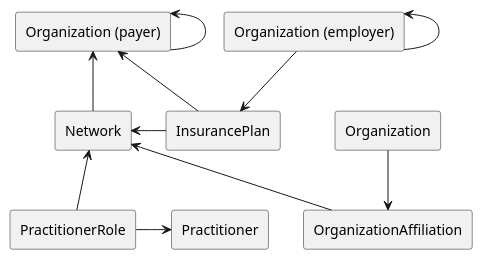
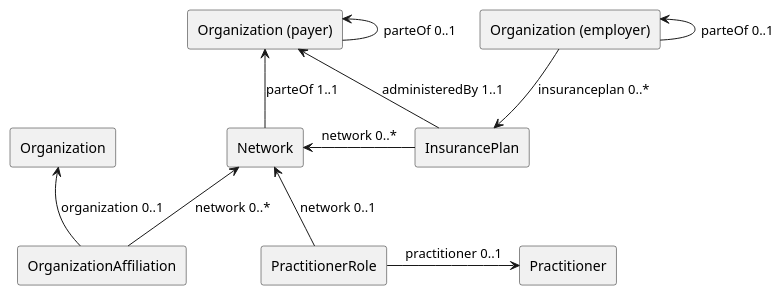
The diagram in input/images-source/RelNetworkInsurancePlan.plantuml (HL7/fhir-us-ndh), drawn with PlantUML before and after one commit. The commit also changed 31 other files, not shown here.

```diff
--- a/input/images-source/RelNetworkInsurancePlan.plantuml
+++ b/input/images-source/RelNetworkInsurancePlan.plantuml
@@ -1,24 +1,24 @@
 @startuml
 
 agent OrganizationAffiliation as orgAff
 agent PractitionerRole as praRole 
 agent Practitioner as practitioner 
 agent "Organization (payer)" as orgpayer
 agent "Organization (employer)" as orgemp
 agent "Organization" as organization3
 agent Network as network
 agent InsurancePlan as insurance
 
-orgAff -up-> network 
-network -up-> orgpayer
-insurance -up-> orgpayer
-praRole -up-> network
-praRole -right-> practitioner
-insurance -left-> network
-orgemp -down-> insurance
-orgpayer -up-> orgpayer
-orgemp -up-> orgemp
-organization3 -down-> orgAff
+orgAff -up-> network: "network 0..*"
+network -up-> orgpayer: "parteOf 1..1"
+insurance -up-> orgpayer: "administeredBy 1..1"
+praRole -up-> network: "network 0..1"
+praRole -right-> practitioner: "practitioner 0..1"
+insurance -left-> network: "network 0..*"
+orgemp -down-> insurance: "insuranceplan 0..*"
+orgpayer -up-> orgpayer: "parteOf 0..1"
+orgemp -up-> orgemp: "parteOf 0..1"
+orgAff -up-> organization3: "organization 0..1"
 
 
 @enduml
```
